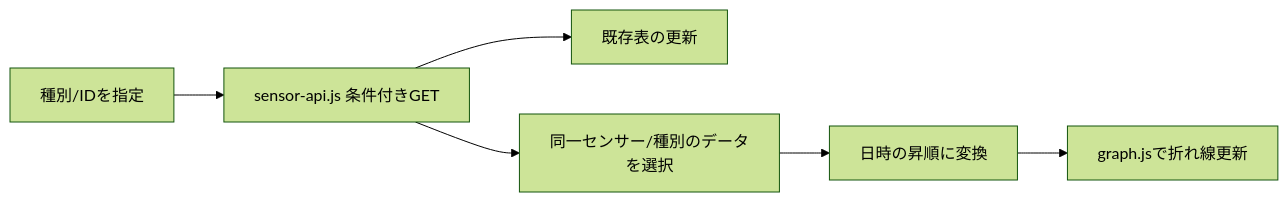
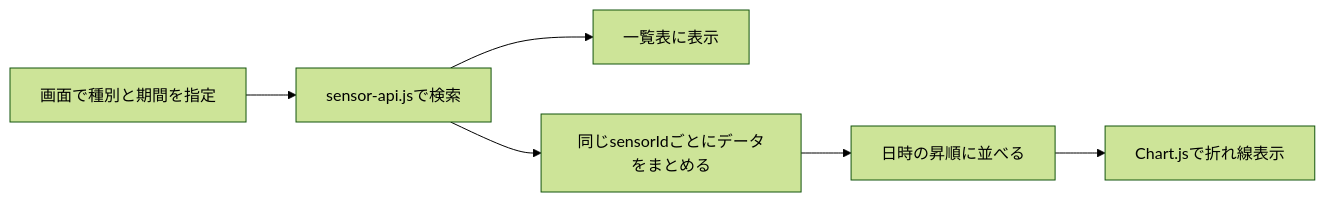
One commit to t-hkd28/iot-service changed the diagram in docs/extensions/design/A_グラフ表示.md. Above: the diagram before and after it, drawn with Mermaid (forest theme). The commit also changed other lines of this file and 24 other files, not shown here.

````diff
--- a/docs/extensions/design/A_グラフ表示.md
+++ b/docs/extensions/design/A_グラフ表示.md
@@ -35,8 +36,8 @@
 ```mermaid
 flowchart LR
- UI[種別/IDを指定] --> FETCH[sensor-api.js 条件付きGET]
- FETCH --> LIST[既存表の更新]
- FETCH --> PICK[同一センサー/種別のデータを選択]
- PICK --> SORT[日時の昇順に変換]
- SORT --> CHART[graph.jsで折れ線更新]
+ UI["画面で種別と期間を指定"] --> API["sensor-api.jsで検索"]
+ API --> TABLE["一覧表に表示"]
+ API --> GROUP["同じsensorIdごとにデータをまとめる"]
+ GROUP --> SORT["日時の昇順に並べる"]
+ SORT --> GRAPH["Chart.jsで折れ線表示"]
 ```
````
